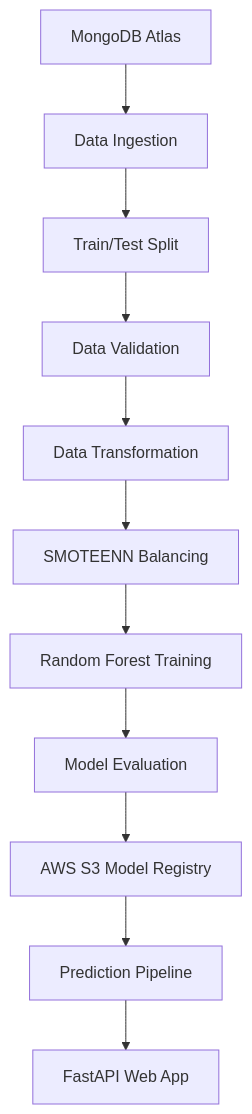
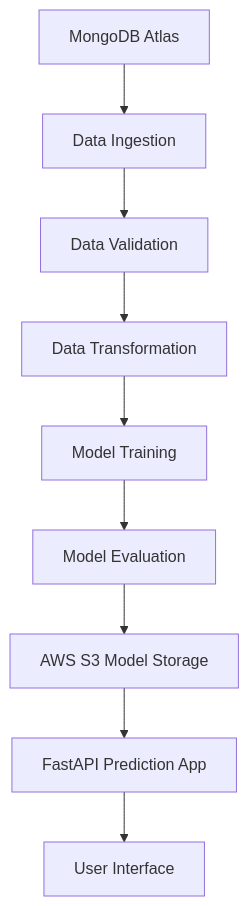
One commit to dhanushpavann/Vehicle-Insurance-Project changed the diagram in README.md. Above: the diagram before and after it, drawn with Mermaid. The commit also changed other lines of this file and 7 other files, not shown here.

````diff
--- a/README.md
+++ b/README.md
@@ -51,13 +66,11 @@
 ```mermaid
 flowchart TD
     A[MongoDB Atlas] --> B[Data Ingestion]
-    B --> C[Train/Test Split]
-    C --> D[Data Validation]
-    D --> E[Data Transformation]
-    E --> F[SMOTEENN Balancing]
-    F --> G[Random Forest Training]
-    G --> H[Model Evaluation]
-    H --> I[AWS S3 Model Registry]
-    I --> J[Prediction Pipeline]
-    J --> K[FastAPI Web App]
+    B --> C[Data Validation]
+    C --> D[Data Transformation]
+    D --> E[Model Training]
+    E --> F[Model Evaluation]
+    F --> G[AWS S3 Model Storage]
+    G --> H[FastAPI Prediction App]
+    H --> I[User Interface]
 ```
````
